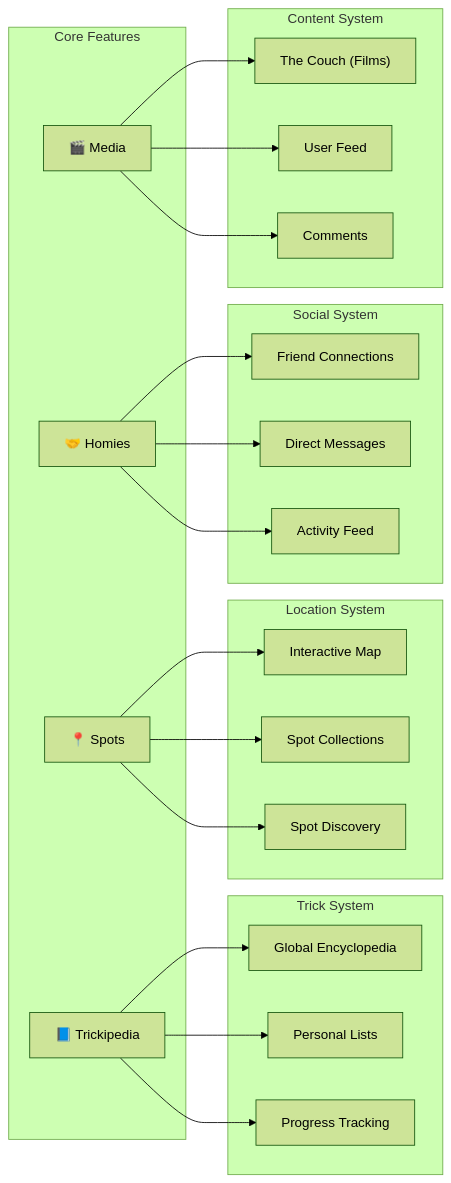
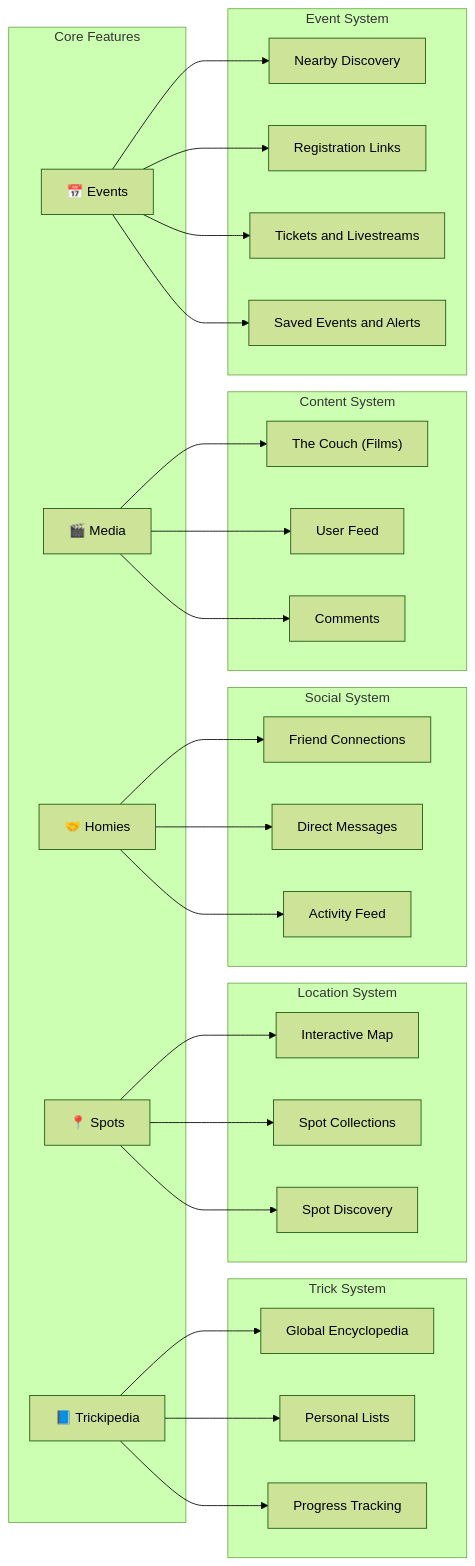
Before and after one commit to wbaxterh/TrickBookDocs: the diagram in docs/features/overview.md, drawn with Mermaid (forest theme). The commit also changed other lines of this file and 5 other files, not shown here.

````diff
--- a/docs/features/overview.md
+++ b/docs/features/overview.md
@@ -13,33 +13,41 @@
 ```mermaid
 flowchart LR
     subgraph Core["Core Features"]
         TB[📘 Trickipedia]
         SP[📍 Spots]
         HM[🤝 Homies]
         MD[🎬 Media]
+        EV[📅 Events]
     end
 
     subgraph TB_Sub["Trick System"]
         TB --> Encyclopedia["Global Encyclopedia"]
         TB --> Lists["Personal Lists"]
         TB --> Progress["Progress Tracking"]
     end
 
     subgraph SP_Sub["Location System"]
         SP --> Map["Interactive Map"]
         SP --> SpotLists["Spot Collections"]
         SP --> Discovery["Spot Discovery"]
     end
 
     subgraph HM_Sub["Social System"]
         HM --> Friends["Friend Connections"]
         HM --> DM["Direct Messages"]
         HM --> Activity["Activity Feed"]
     end
 
     subgraph MD_Sub["Content System"]
         MD --> Couch["The Couch (Films)"]
         MD --> Feed["User Feed"]
         MD --> Comments["Comments"]
     end
+
+    subgraph EV_Sub["Event System"]
+        EV --> Nearby["Nearby Discovery"]
+        EV --> Enter["Registration Links"]
+        EV --> Watch["Tickets and Livestreams"]
+        EV --> Alerts["Saved Events and Alerts"]
+    end
 ```
````
